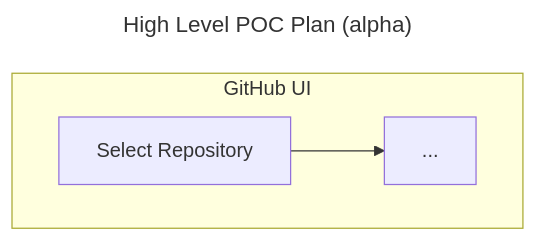
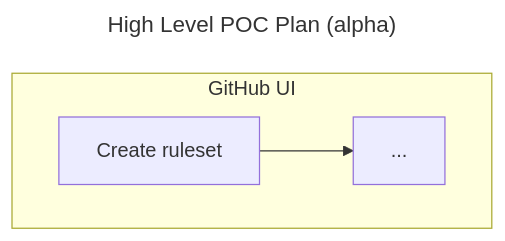
One commit to jwilliams-gh-sandbox/ruleset-governance changed the diagram in .github/README.md. Above: the diagram before and after it, drawn with Mermaid. The commit also changed other lines of this file and 1 other file, not shown here.

````diff
--- a/.github/README.md
+++ b/.github/README.md
@@ -50,9 +50,9 @@
 ```mermaid
 ---
 title: High Level POC Plan (alpha)
 ---
-flowchart TB
+flowchart TD
     subgraph "GitHub UI"
-    select_repo@{ shape: rect, label: "Select Repository"} --> ...
+    select_repo@{ shape: rect, label: "Create ruleset"} --> ...
     end
 ```
````
